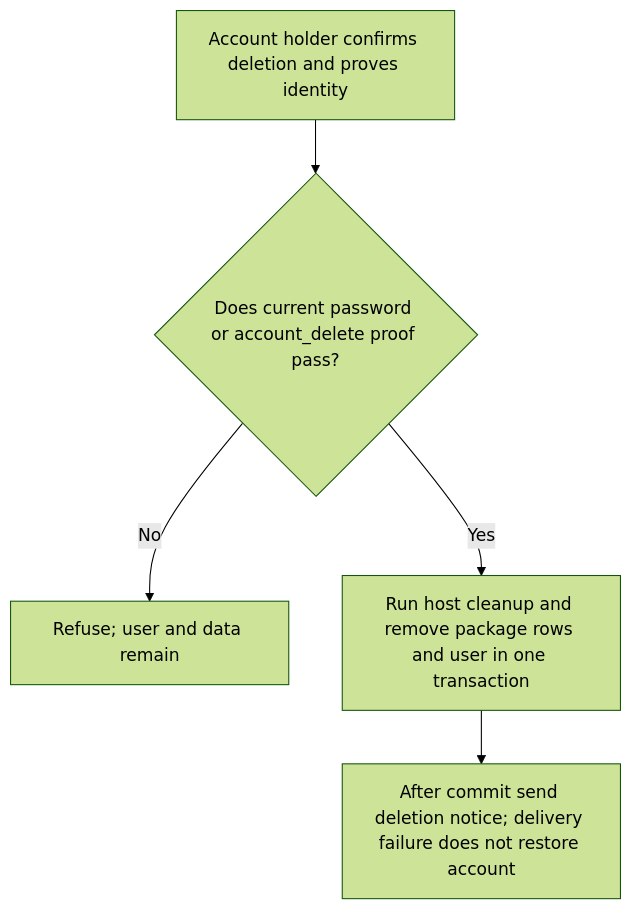
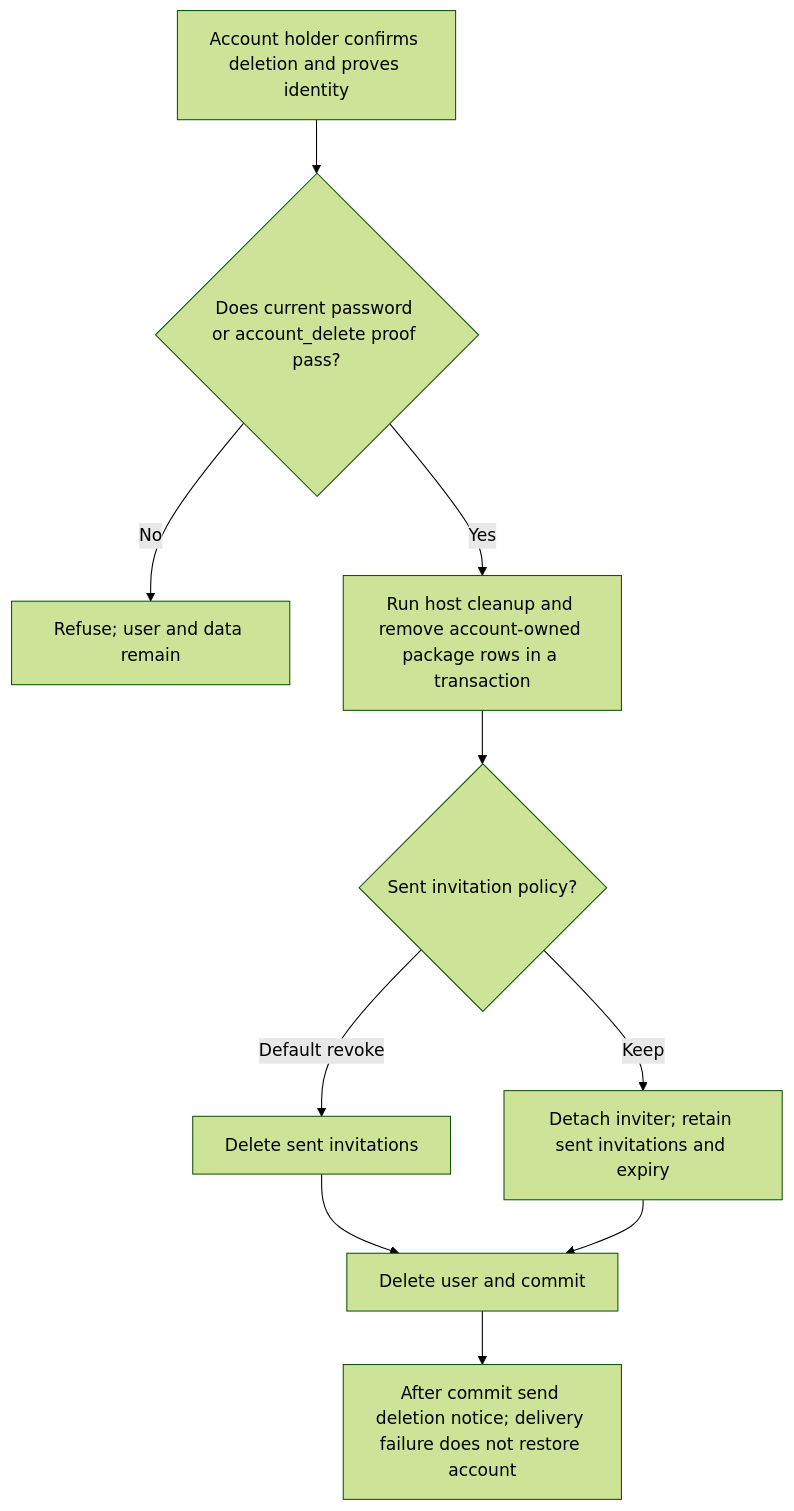
The first of 2 diagrams in user-stories/US-ACCOUNT-19-delete-account.md (Kevinjohn/oss-adonisjs-account-kit), drawn with Mermaid (forest theme) before and after one commit. The commit also changed other lines of this file and 3 other files, not shown here.

Commit message:
Correct source-backed user story flow details

````diff
--- a/user-stories/US-ACCOUNT-19-delete-account.md
+++ b/user-stories/US-ACCOUNT-19-delete-account.md
@@ -20,7 +21,12 @@
 ```mermaid
 flowchart TD
  A["Account holder confirms deletion and proves identity"] --> B{"Does current password or account_delete proof pass?"}
  B -->|No| C["Refuse; user and data remain"]
- B -->|Yes| D["Run host cleanup and remove package rows and user in one transaction"]
- D --> E["After commit send deletion notice; delivery failure does not restore account"]
+ B -->|Yes| D["Run host cleanup and remove account-owned package rows in a transaction"]
+ D --> I{"Sent invitation policy?"}
+ I -->|Default revoke| V["Delete sent invitations"]
+ I -->|Keep| K["Detach inviter; retain sent invitations and expiry"]
+ V --> U["Delete user and commit"]
+ K --> U
+ U --> E["After commit send deletion notice; delivery failure does not restore account"]
 ```
````
